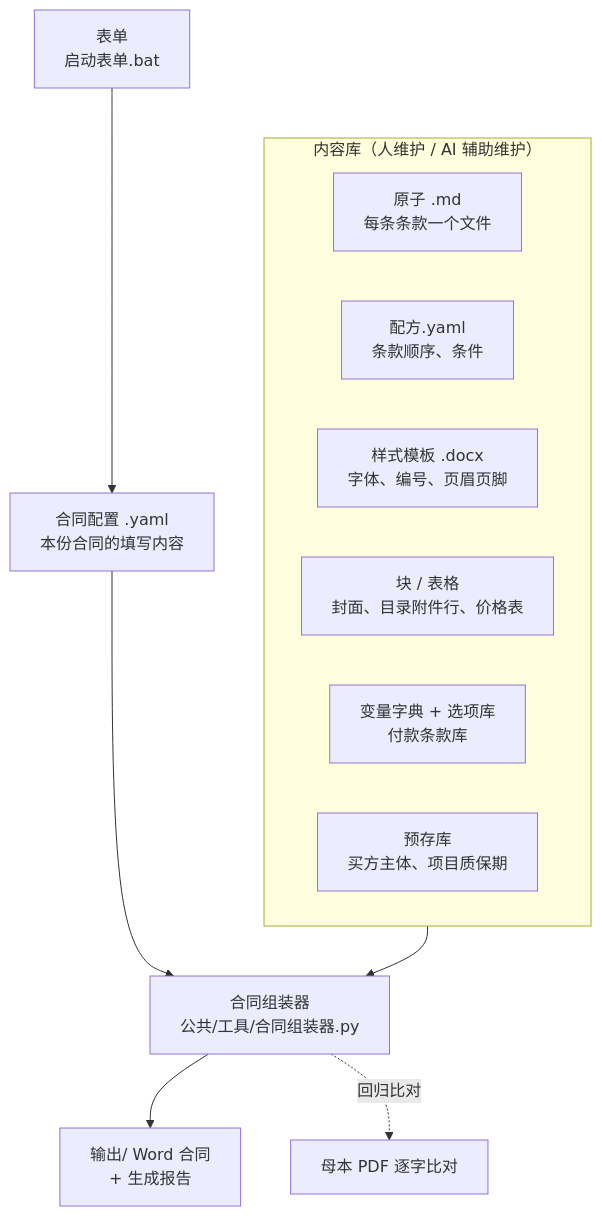
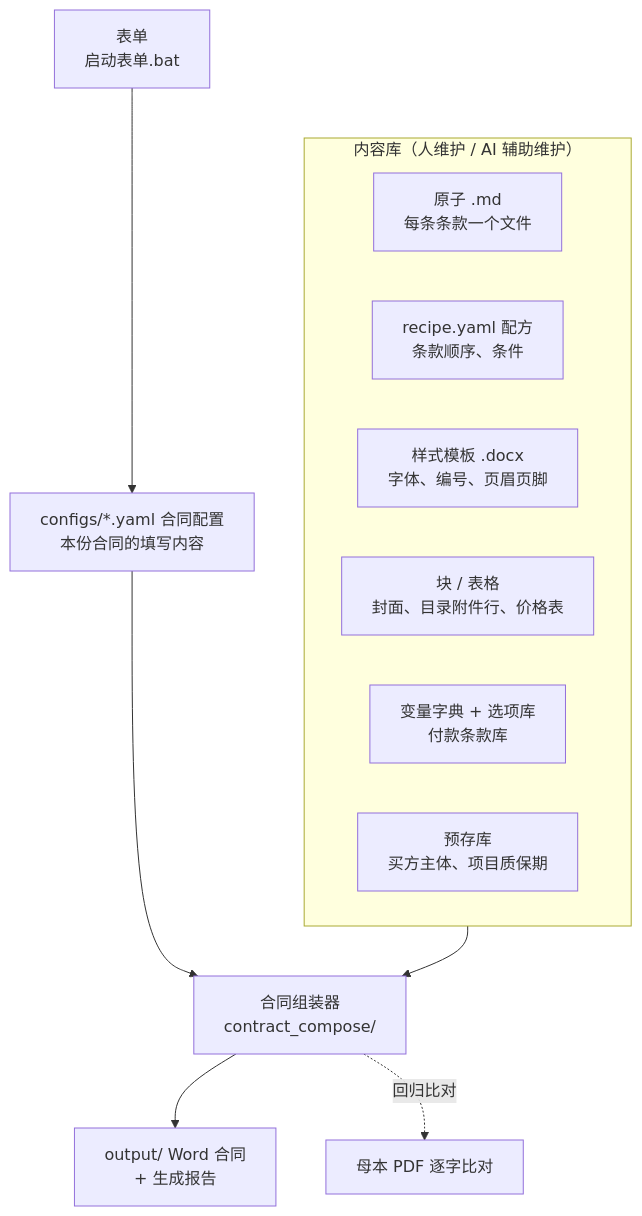
One commit to GavinGSJ/contract-compose changed the first of 4 diagrams in README.md. Above: the diagram before and after it, drawn with Mermaid. The commit also changed other lines of this file and 365 other files, not shown here.

````diff
--- a/README.md
+++ b/README.md
@@ -18,17 +18,17 @@
 ```mermaid
 flowchart TB
   subgraph LIB["内容库（人维护 / AI 辅助维护）"]
     direction LR
     A1["原子 .md<br/>每条条款一个文件"]
-    A2["配方.yaml<br/>条款顺序、条件"]
+    A2["recipe.yaml 配方<br/>条款顺序、条件"]
     A3["样式模板 .docx<br/>字体、编号、页眉页脚"]
     A4["块 / 表格<br/>封面、目录附件行、价格表"]
     A5["变量字典 + 选项库<br/>付款条款库"]
     A6["预存库<br/>买方主体、项目质保期"]
   end
-  FORM["表单<br/>启动表单.bat"] --> CFG["合同配置 .yaml<br/>本份合同的填写内容"]
-  CFG --> ASM["合同组装器<br/>公共/工具/合同组装器.py"]
+  FORM["表单<br/>启动表单.bat"] --> CFG["configs/*.yaml 合同配置<br/>本份合同的填写内容"]
+  CFG --> ASM["合同组装器<br/>contract_compose/"]
   LIB --> ASM
-  ASM --> OUT["输出/ Word 合同<br/>+ 生成报告"]
+  ASM --> OUT["output/ Word 合同<br/>+ 生成报告"]
   ASM -.回归比对.-> REG["母本 PDF 逐字比对"]
 ```
````
